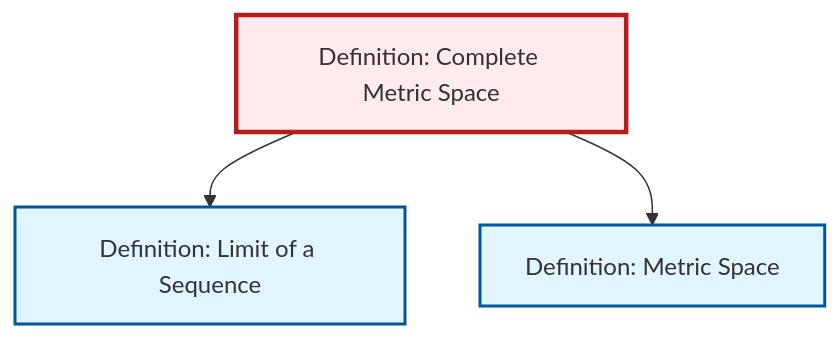
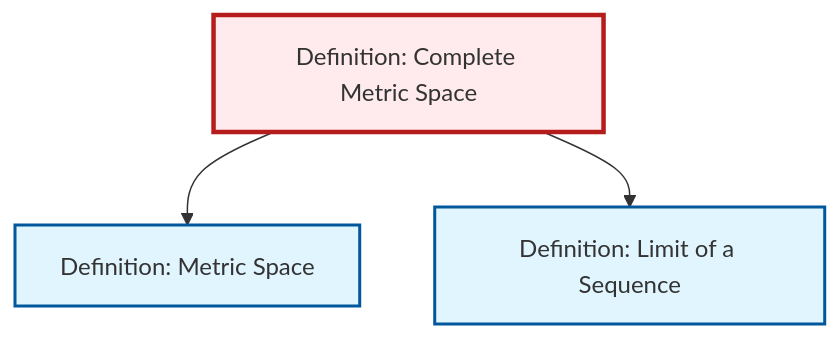
Before and after one commit to RK0429/ModernMath: the diagram in content/ja/analysis/def-complete-metric-space.qmd, drawn with Mermaid. The commit also changed other lines of this file and 474 other files, not shown here.

````diff
--- a/content/ja/analysis/def-complete-metric-space.qmd
+++ b/content/ja/analysis/def-complete-metric-space.qmd
@@ -61,17 +61,17 @@
 ```{mermaid}
 %%| fig-cap: "Local dependency graph"
 graph TD
     classDef definition fill:#e1f5fe,stroke:#01579b,stroke-width:2px
     classDef theorem fill:#f3e5f5,stroke:#4a148c,stroke-width:2px
     classDef axiom fill:#fff3e0,stroke:#e65100,stroke-width:2px
     classDef example fill:#e8f5e9,stroke:#1b5e20,stroke-width:2px
     classDef current fill:#ffebee,stroke:#b71c1c,stroke-width:3px
     def-metric-space["Definition: Metric Space"]:::definition
     def-limit["Definition: Limit of a Sequence"]:::definition
     def-complete-metric-space["Definition: Complete Metric Space"]:::definition
+    def-complete-metric-space --> def-metric-space
     def-complete-metric-space --> def-limit
-    def-complete-metric-space --> def-metric-space
     class def-complete-metric-space current
     click def-metric-space "def-metric-space.html" "Definition: Metric Spaceへ"
     click def-limit "def-limit.html" "Definition: Limit of a Sequenceへ"
 ```
````
